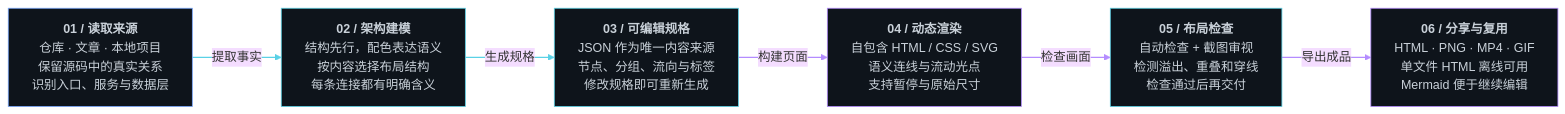
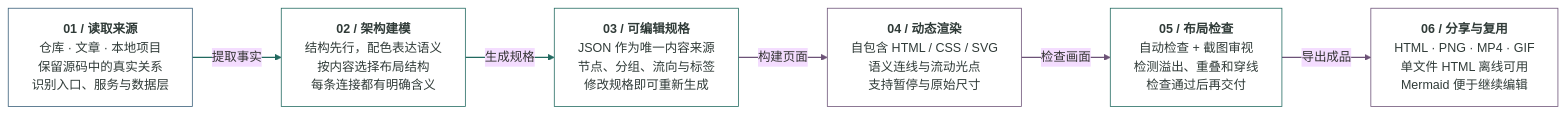
Before and after one commit to yuezheng2006/arch-diagram-skill: the diagram in docs/atelier.mmd, drawn with Mermaid (base theme). The commit also changed 10 other files, not shown here.

```diff
--- a/docs/atelier.mmd
+++ b/docs/atelier.mmd
@@ -1,22 +1,22 @@
 flowchart LR
   %% 把复杂系统，讲清楚。
   source["<b>01 / 读取来源</b><br/>仓库 · 文章 · 本地项目<br/>保留源码中的真实关系<br/>识别入口、服务与数据层"]:::input
   model["<b>02 / 架构建模</b><br/>结构先行，配色表达语义<br/>按内容选择布局结构<br/>每条连接都有明确含义"]:::core
   schema["<b>03 / 可编辑规格</b><br/>JSON 作为唯一内容来源<br/>节点、分组、流向与标签<br/>修改规格即可重新生成"]:::core
   deliver["<b>06 / 分享与复用</b><br/>HTML · PNG · MP4 · GIF<br/>单文件 HTML 离线可用<br/>Mermaid 便于继续编辑"]:::output
   check["<b>05 / 布局检查</b><br/>自动检查 + 截图审视<br/>检测溢出、重叠和穿线<br/>检查通过后再交付"]:::core
   engine["<b>04 / 动态渲染</b><br/>自包含 HTML / CSS / SVG<br/>语义连线与流动光点<br/>支持暂停与原始尺寸"]:::output
   source -->|"提取事实"| model
   model -->|"生成规格"| schema
   schema -->|"构建页面"| engine
   engine -->|"检查画面"| check
   check -->|"导出成品"| deliver
-  linkStyle 0 stroke:#5ad1e6,stroke-width:1.5px
-  linkStyle 1 stroke:#5ad1e6,stroke-width:1.5px
-  linkStyle 2 stroke:#b48cff,stroke-width:1.5px
-  linkStyle 3 stroke:#b48cff,stroke-width:1.5px
-  linkStyle 4 stroke:#b48cff,stroke-width:1.5px
-  classDef input fill:#0e141b,stroke:#79a8ff,color:#c9d1d9
-  classDef core fill:#0e141b,stroke:#5ad1e6,color:#c9d1d9
-  classDef output fill:#0e141b,stroke:#b48cff,color:#c9d1d9
-  classDef none fill:#0e141b,stroke:#3a4450,color:#c9d1d9
+  linkStyle 0 stroke:#21695f,stroke-width:1.5px
+  linkStyle 1 stroke:#21695f,stroke-width:1.5px
+  linkStyle 2 stroke:#6c5277,stroke-width:1.5px
+  linkStyle 3 stroke:#6c5277,stroke-width:1.5px
+  linkStyle 4 stroke:#6c5277,stroke-width:1.5px
+  classDef input fill:#ffffff,stroke:#365d78,color:#303b38
+  classDef core fill:#ffffff,stroke:#21695f,color:#303b38
+  classDef output fill:#ffffff,stroke:#6c5277,color:#303b38
+  classDef none fill:#ffffff,stroke:#a7b0a7,color:#303b38
```
